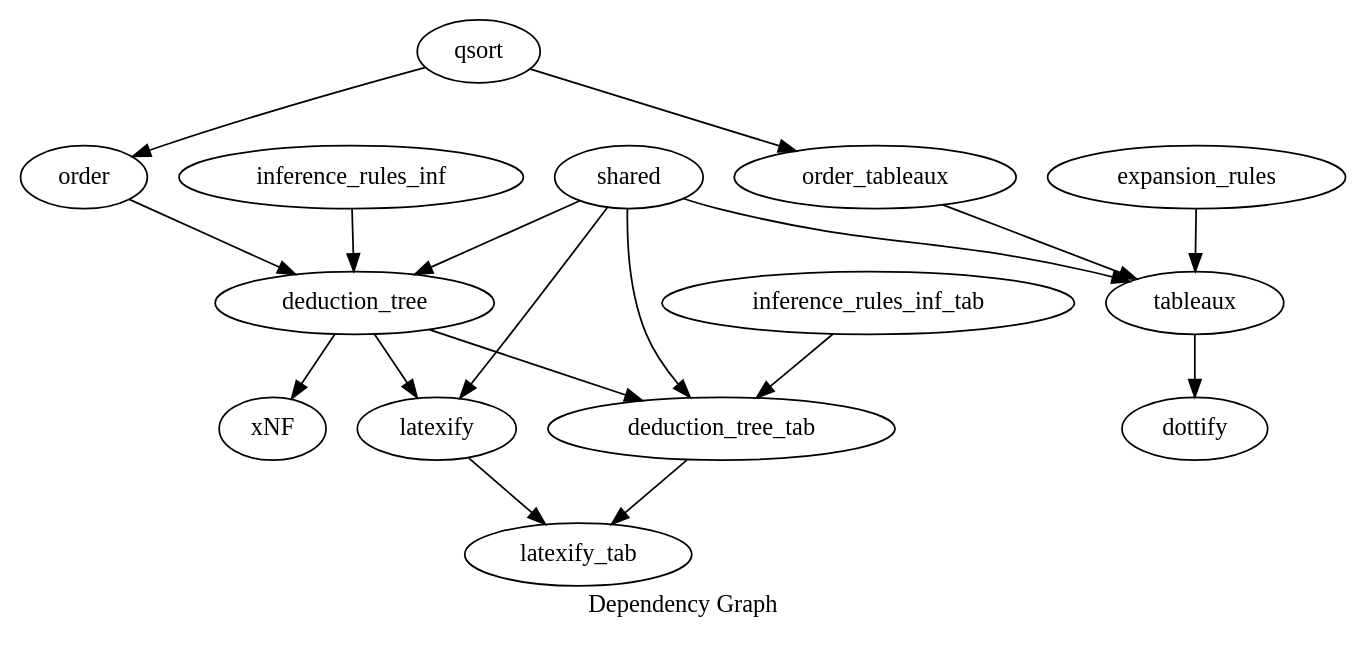
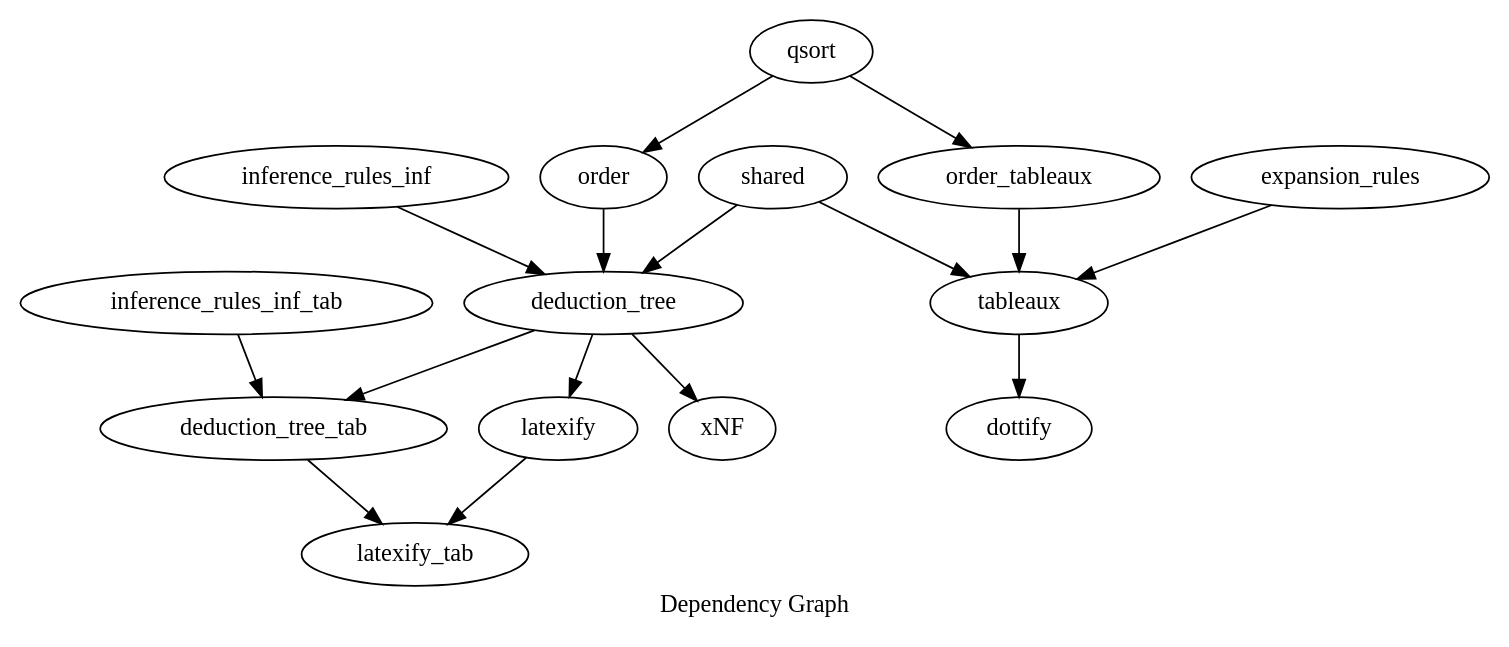
Before and after one commit to rispoli/seq-tab: the diagram in dependency_graph.dot, drawn with Graphviz. The commit also changed 3 other files, not shown here.

Commit message:
modified:   deduction_tree_tab.pl 	modified:   dependency_graph.dot 	modified:   dependency_graph.png 	modified:   latexify.pl 		dependencies, see previous commit

```diff
--- a/dependency_graph.dot
+++ b/dependency_graph.dot
@@ -1,20 +1,18 @@
 digraph DG {
 	label = "Dependency Graph";
 	deduction_tree -> deduction_tree_tab;
 	deduction_tree -> latexify;
 	deduction_tree -> xNF;
 	deduction_tree_tab -> latexify_tab;
 	expansion_rules -> tableaux;
 	inference_rules_inf -> deduction_tree;
 	inference_rules_inf_tab -> deduction_tree_tab;
 	latexify -> latexify_tab;
 	qsort -> order;
 	qsort -> order_tableaux;
 	shared -> deduction_tree;
-	shared -> deduction_tree_tab;
-	shared -> latexify;
 	shared -> tableaux;
 	tableaux -> dottify;
 	order -> deduction_tree;
 	order_tableaux -> tableaux;
 }
```
